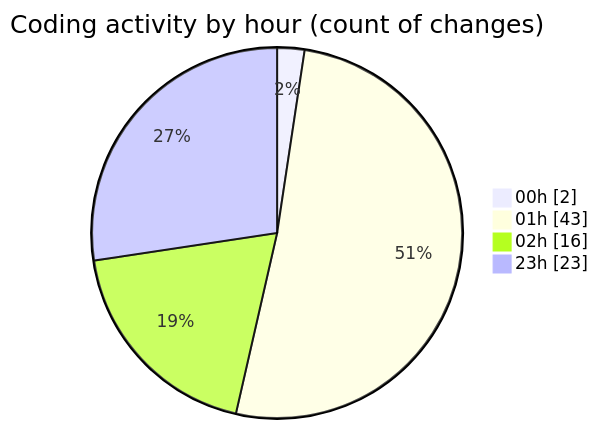
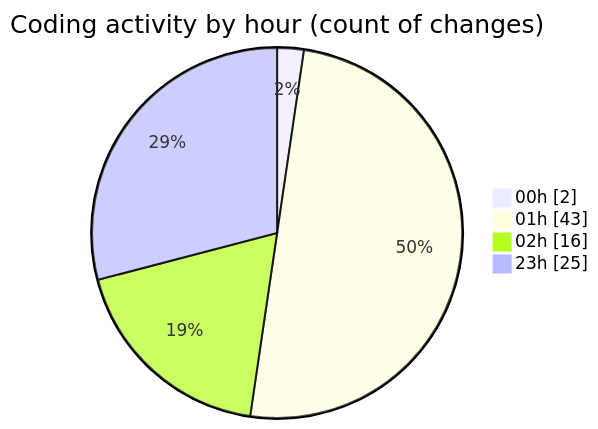
Before and after one commit to lephambinh05/code-tracking: the second of 2 diagrams in 2025-07-16/nhahang/README.md, drawn with Mermaid. The commit also changed other lines of this file and 1 other file, not shown here.

````diff
--- a/2025-07-16/nhahang/README.md
+++ b/2025-07-16/nhahang/README.md
@@ -58,8 +59,8 @@
 ```mermaid
 pie showData
 title Coding activity by hour (count of changes)
 "00h" : 2
 "01h" : 43
 "02h" : 16
-"23h" : 23
+"23h" : 25
 ```
````
